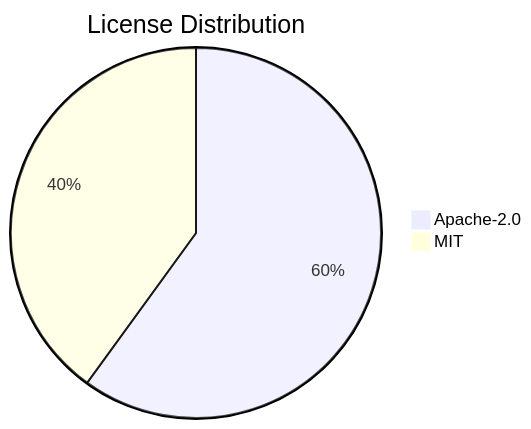
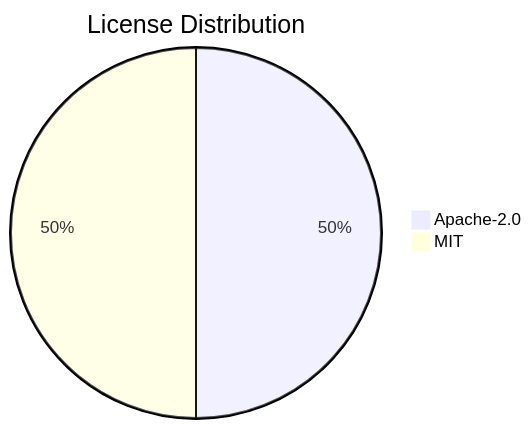
The diagram in .shipwright/compliance/sbom.md (svenroth-ai/shipwright), drawn with Mermaid before and after one commit. The commit also changed other lines of this file and 16 other files, not shown here.

````diff
--- a/.shipwright/compliance/sbom.md
+++ b/.shipwright/compliance/sbom.md
@@ -17,5 +17,5 @@
 ```mermaid
 pie title License Distribution
-    "Apache-2.0" : 3
+    "Apache-2.0" : 2
     "MIT" : 2
 ```
````
